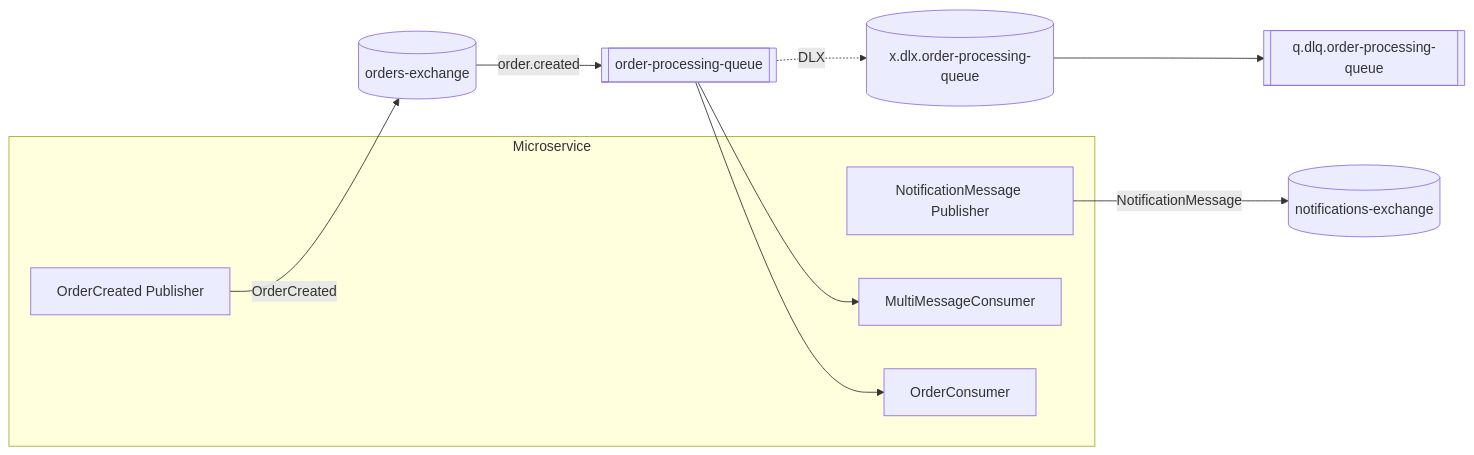
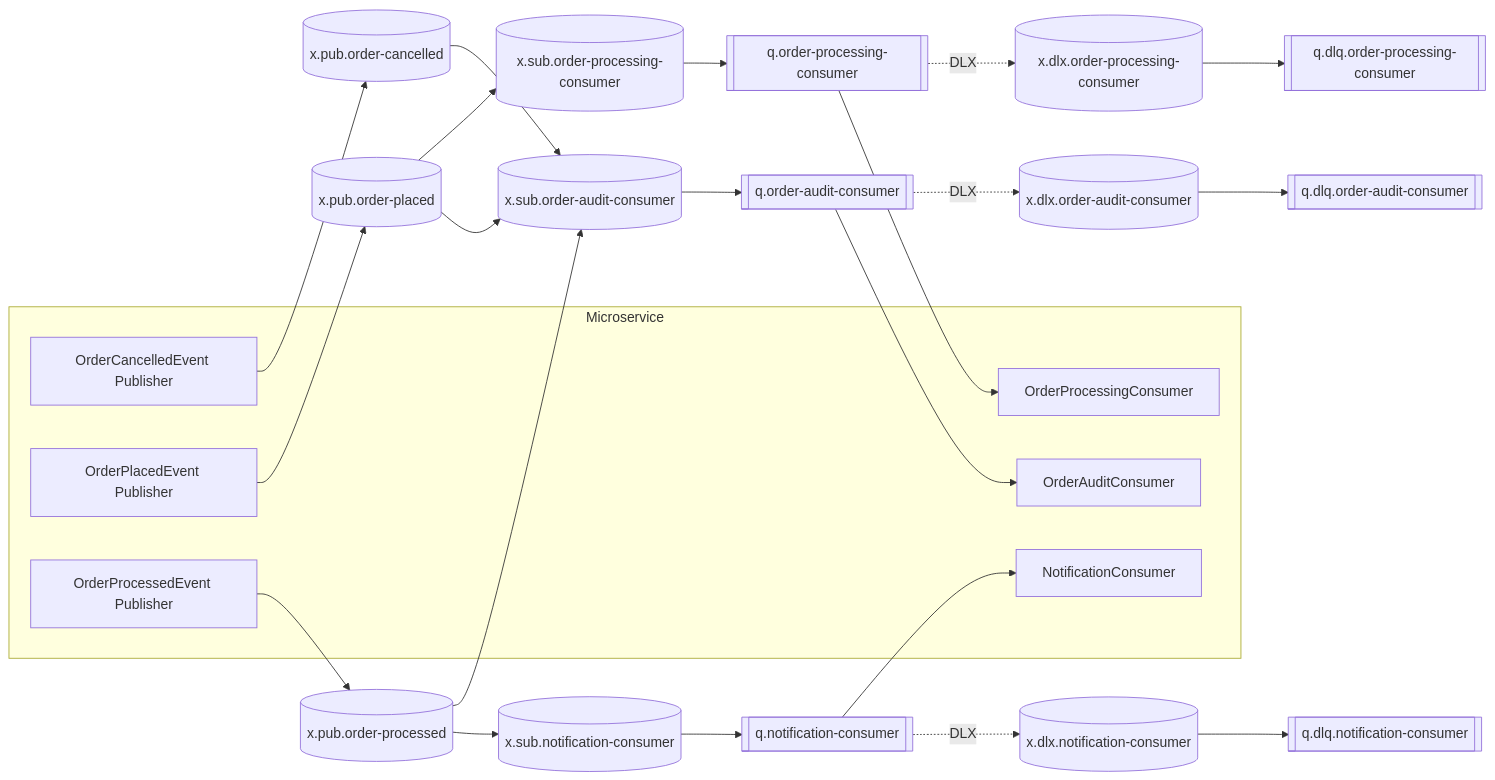
Before and after one commit to C0deve/Carotte: the diagram in Carotte.Sample/docs/MESSAGING.md, drawn with Mermaid. The commit also changed other lines of this file and 18 other files, not shown here.

First line of the commit message:
feat: introduce new order event consumers and updated messaging contracts

````diff
--- a/Carotte.Sample/docs/MESSAGING.md
+++ b/Carotte.Sample/docs/MESSAGING.md
@@ -5,23 +5,48 @@
 ```mermaid
 graph LR
     subgraph Microservice
-        NotificationMessage_Publisher["NotificationMessage Publisher"]
-        OrderCreated_Publisher["OrderCreated Publisher"]
-        MultiMessageConsumer["MultiMessageConsumer"]
-        OrderConsumer["OrderConsumer"]
+        OrderCancelledEvent_Publisher["OrderCancelledEvent Publisher"]
+        OrderPlacedEvent_Publisher["OrderPlacedEvent Publisher"]
+        OrderProcessedEvent_Publisher["OrderProcessedEvent Publisher"]
+        NotificationConsumer["NotificationConsumer"]
+        OrderAuditConsumer["OrderAuditConsumer"]
+        OrderProcessingConsumer["OrderProcessingConsumer"]
     end
 
-    exch_notifications_exchange[("notifications-exchange")]
-    NotificationMessage_Publisher -->|"NotificationMessage"| exch_notifications_exchange
-    exch_orders_exchange[("orders-exchange")]
-    OrderCreated_Publisher -->|"OrderCreated"| exch_orders_exchange
+    exch_x_pub_order_cancelled[("x.pub.order-cancelled")]
+    OrderCancelledEvent_Publisher --> exch_x_pub_order_cancelled
+    exch_x_pub_order_placed[("x.pub.order-placed")]
+    OrderPlacedEvent_Publisher --> exch_x_pub_order_placed
+    exch_x_pub_order_processed[("x.pub.order-processed")]
+    OrderProcessedEvent_Publisher --> exch_x_pub_order_processed
 
-    queue_order_processing_queue[["order-processing-queue"]]
-    queue_order_processing_queue --> MultiMessageConsumer
-    exch_orders_exchange -->|"order.created"| queue_order_processing_queue
-    dlx_x_dlx_order_processing_queue[("x.dlx.order-processing-queue")]
-    queue_order_processing_queue -.->|"DLX"| dlx_x_dlx_order_processing_queue
-    dlq_q_dlq_order_processing_queue[["q.dlq.order-processing-queue"]]
-    dlx_x_dlx_order_processing_queue --> dlq_q_dlq_order_processing_queue
-    queue_order_processing_queue --> OrderConsumer
+    queue_q_notification_consumer[["q.notification-consumer"]]
+    queue_q_notification_consumer --> NotificationConsumer
+    exch_x_sub_notification_consumer[("x.sub.notification-consumer")]
+    exch_x_sub_notification_consumer --> queue_q_notification_consumer
+    exch_x_pub_order_processed --> exch_x_sub_notification_consumer
+    dlx_x_dlx_notification_consumer[("x.dlx.notification-consumer")]
+    queue_q_notification_consumer -.->|"DLX"| dlx_x_dlx_notification_consumer
+    dlq_q_dlq_notification_consumer[["q.dlq.notification-consumer"]]
+    dlx_x_dlx_notification_consumer --> dlq_q_dlq_notification_consumer
+    queue_q_order_audit_consumer[["q.order-audit-consumer"]]
+    queue_q_order_audit_consumer --> OrderAuditConsumer
+    exch_x_sub_order_audit_consumer[("x.sub.order-audit-consumer")]
+    exch_x_sub_order_audit_consumer --> queue_q_order_audit_consumer
+    exch_x_pub_order_placed --> exch_x_sub_order_audit_consumer
+    exch_x_pub_order_processed --> exch_x_sub_order_audit_consumer
+    exch_x_pub_order_cancelled --> exch_x_sub_order_audit_consumer
+    dlx_x_dlx_order_audit_consumer[("x.dlx.order-audit-consumer")]
+    queue_q_order_audit_consumer -.->|"DLX"| dlx_x_dlx_order_audit_consumer
+    dlq_q_dlq_order_audit_consumer[["q.dlq.order-audit-consumer"]]
+    dlx_x_dlx_order_audit_consumer --> dlq_q_dlq_order_audit_consumer
+    queue_q_order_processing_consumer[["q.order-processing-consumer"]]
+    queue_q_order_processing_consumer --> OrderProcessingConsumer
+    exch_x_sub_order_processing_consumer[("x.sub.order-processing-consumer")]
+    exch_x_sub_order_processing_consumer --> queue_q_order_processing_consumer
+    exch_x_pub_order_placed --> exch_x_sub_order_processing_consumer
+    dlx_x_dlx_order_processing_consumer[("x.dlx.order-processing-consumer")]
+    queue_q_order_processing_consumer -.->|"DLX"| dlx_x_dlx_order_processing_consumer
+    dlq_q_dlq_order_processing_consumer[["q.dlq.order-processing-consumer"]]
+    dlx_x_dlx_order_processing_consumer --> dlq_q_dlq_order_processing_consumer
 ```
````
